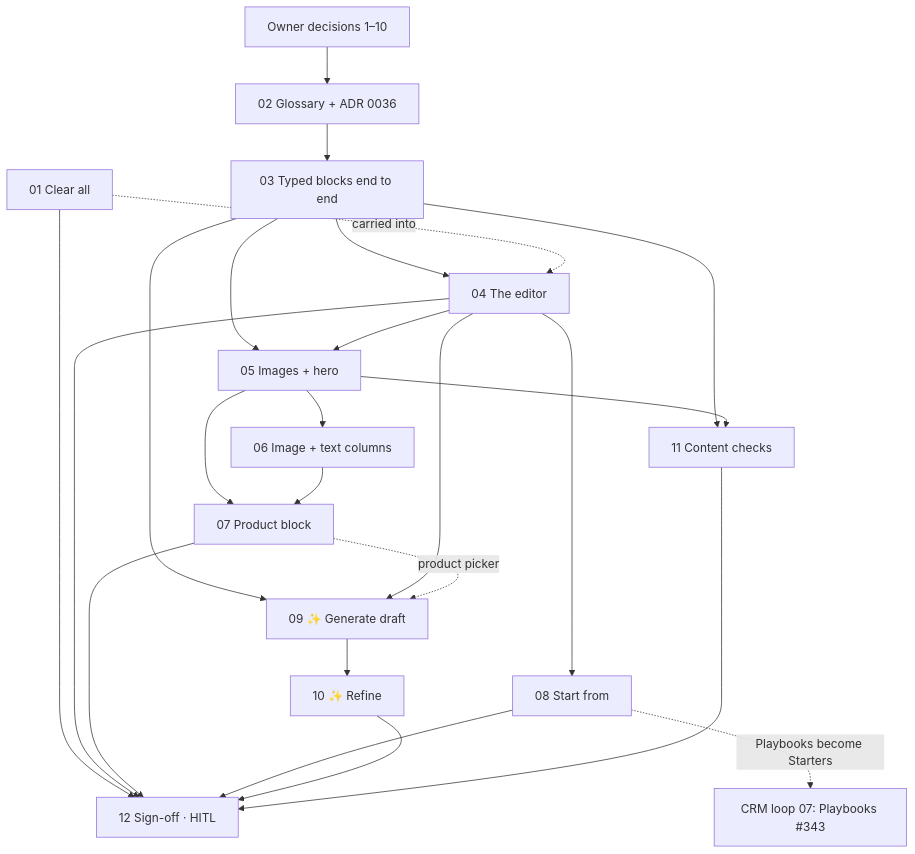
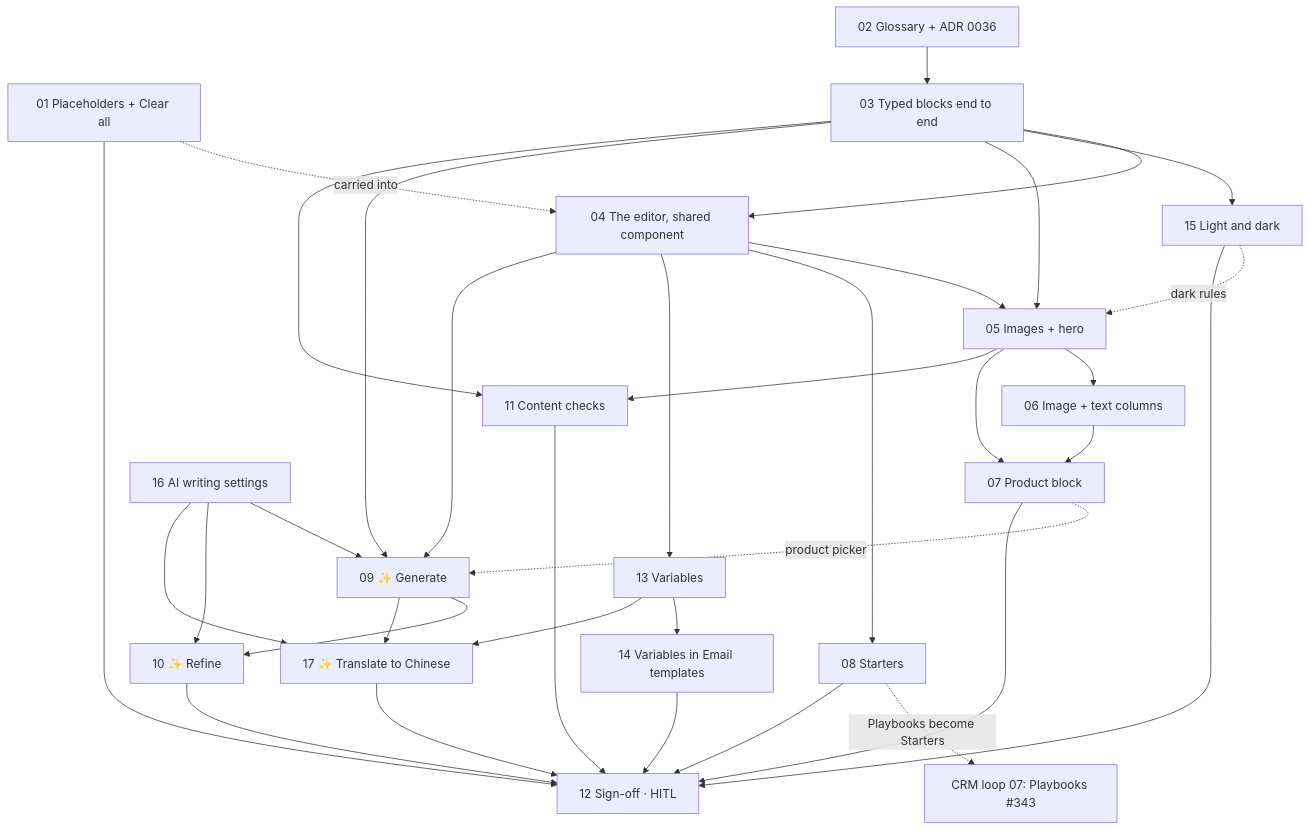
Before and after one commit to ivanyeors/mp: the diagram in .claude/PRD-campaign-email-editor/issues/README.md, drawn with Mermaid. The commit also changed other lines of this file and 24 other files, not shown here.

First line of the commit message:
Campaign email editor PRD: the owner's answers, five new slices

````diff
--- a/.claude/PRD-campaign-email-editor/issues/README.md
+++ b/.claude/PRD-campaign-email-editor/issues/README.md
@@ -35,41 +43,55 @@
 ```mermaid
 graph TD
-  s01[01 Clear all]
-  d1[Owner decisions 1–10]
+  s01[01 Placeholders + Clear all]
   s02[02 Glossary + ADR 0036]
   s03[03 Typed blocks end to end]
-  s04[04 The editor]
+  s04[04 The editor, shared component]
   s05[05 Images + hero]
   s06[06 Image + text columns]
   s07[07 Product block]
-  s08[08 Start from]
-  s09[09 ✨ Generate draft]
+  s08[08 Starters]
+  s09[09 ✨ Generate]
   s10[10 ✨ Refine]
   s11[11 Content checks]
   s12[12 Sign-off · HITL]
+  s13[13 Variables]
+  s14[14 Variables in Email templates]
+  s15[15 Light and dark]
+  s16[16 AI writing settings]
+  s17[17 ✨ Translate to Chinese]
   crm07[CRM loop 07: Playbooks #343]
 
-  d1 --> s02
   s02 --> s03
   s03 --> s04
   s01 -. carried into .-> s04
+  s03 --> s15
   s03 --> s05
   s04 --> s05
   s05 --> s06
   s05 --> s07
   s06 --> s07
   s04 --> s08
   s08 -. Playbooks become Starters .-> crm07
+  s04 --> s13
+  s13 --> s14
   s03 --> s09
   s04 --> s09
+  s16 --> s09
   s07 -. product picker .-> s09
   s09 --> s10
+  s16 --> s10
+  s09 --> s17
+  s13 --> s17
+  s16 --> s17
   s03 --> s11
   s05 --> s11
+  s15 -. dark rules .-> s05
   s01 --> s12
-  s04 --> s12
   s07 --> s12
   s08 --> s12
   s10 --> s12
   s11 --> s12
+  s14 --> s12
+  s15 --> s12
+  s17 --> s12
 ```
````
